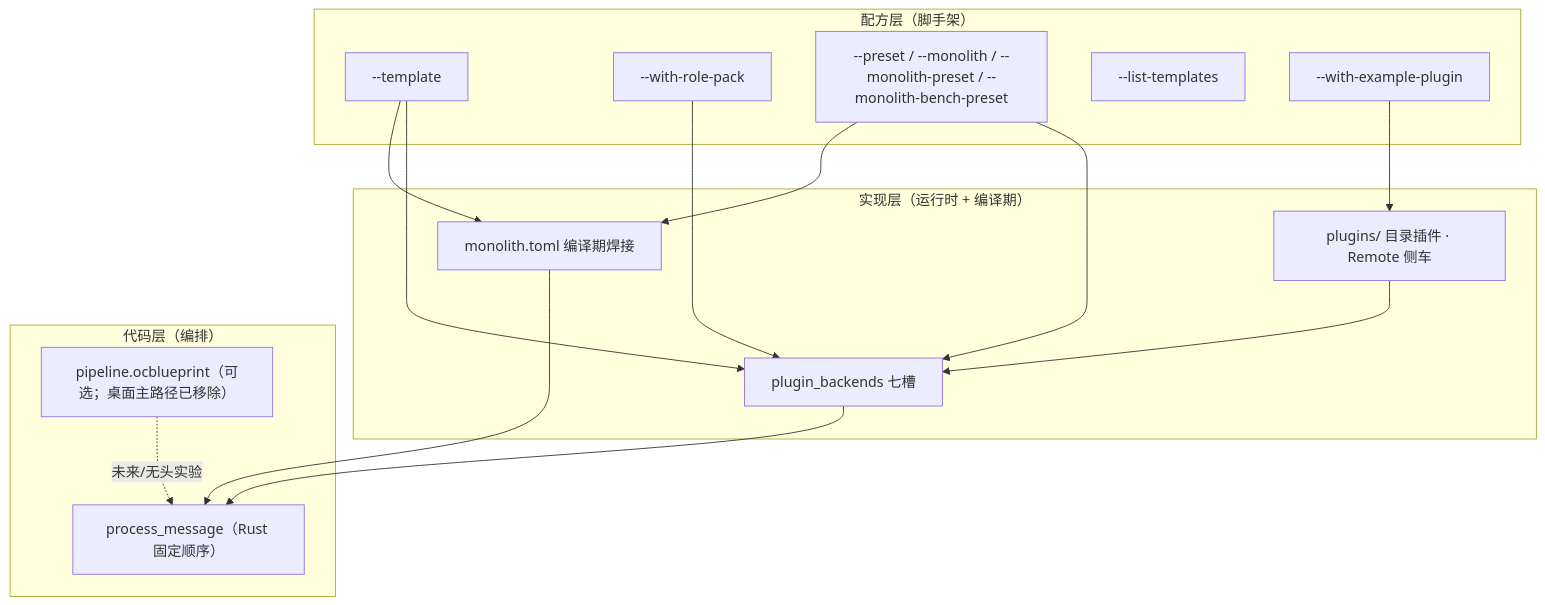
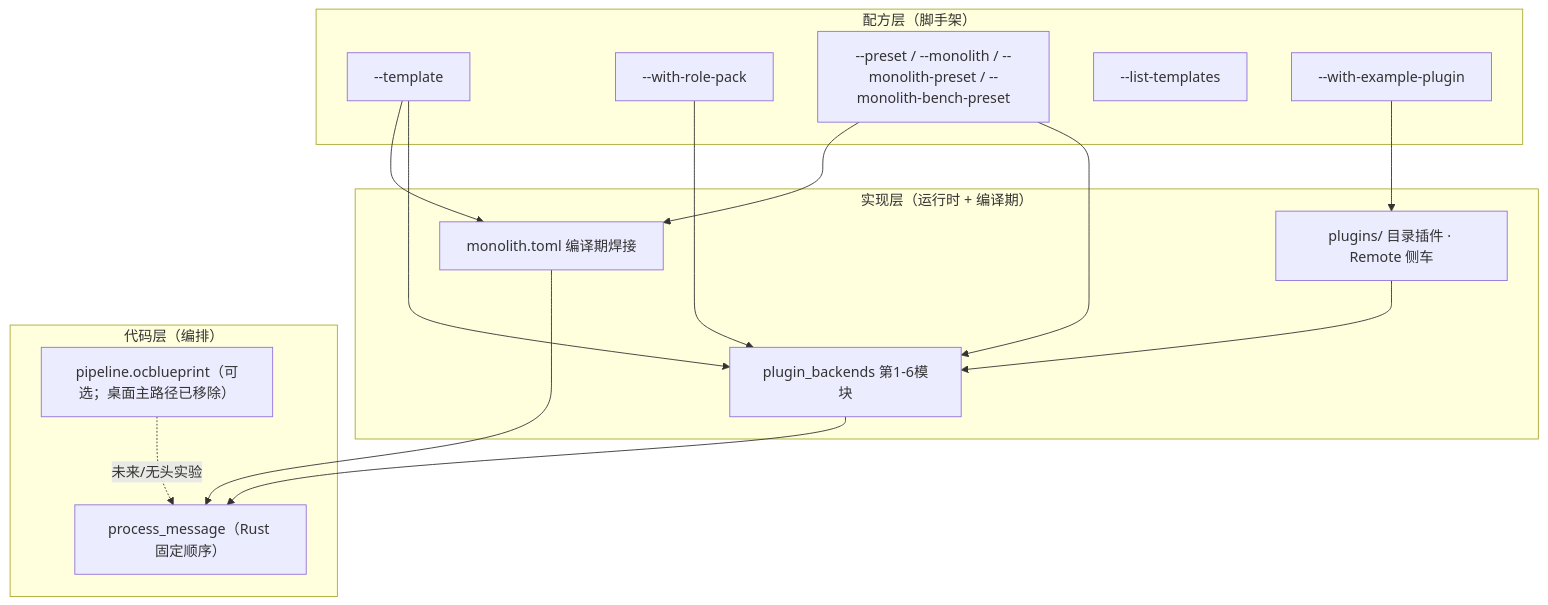
The diagram in creator-docs/getting-started/KERNEL_FACTORY_VISION.md (linkaiheng2233-cyber/oclivenewnew), drawn with Mermaid before and after one commit. The commit also changed other lines of this file and 29 other files, not shown here.

````diff
--- a/creator-docs/getting-started/KERNEL_FACTORY_VISION.md
+++ b/creator-docs/getting-started/KERNEL_FACTORY_VISION.md
@@ -86,29 +86,29 @@
 ```mermaid
 flowchart TB
   subgraph recipe["配方层（脚手架）"]
     T["--template"]
     R["--with-role-pack"]
     P["--preset / --monolith / --monolith-preset / --monolith-bench-preset"]
     L["--list-templates"]
     E["--with-example-plugin"]
   end
   subgraph impl["实现层（运行时 + 编译期）"]
-    PB["plugin_backends 七槽"]
+    PB["plugin_backends 第1-6模块"]
     M["monolith.toml 编译期焊接"]
     PL["plugins/ 目录插件 · Remote 侧车"]
   end
   subgraph code["代码层（编排）"]
     PM["process_message（Rust 固定顺序）"]
     BP["pipeline.ocblueprint（可选；桌面主路径已移除）"]
   end
   T --> PB
   R --> PB
   P --> PB
   T --> M
   P --> M
   E --> PL
   PB --> PM
   M --> PM
   PL --> PB
   BP -.->|未来/无头实验| PM
 ```
````
